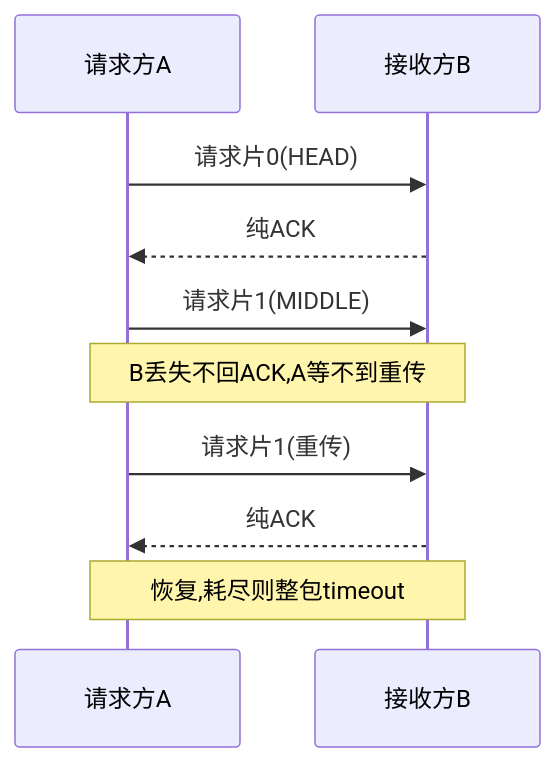
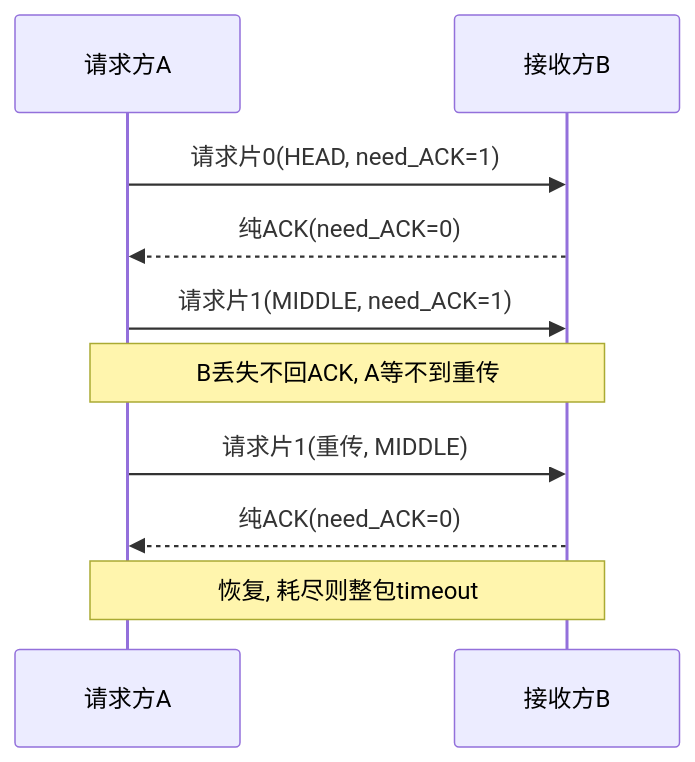
Before and after one commit to Siaiai/ObsidianNote: the seventh of 13 diagrams in 工作/项目/代码/260401S3分拣面板-SIA-R9000P.md, drawn with Mermaid. The commit also changed other lines of this file, not shown here.

````diff
--- a/工作/项目/代码/260401S3分拣面板-SIA-R9000P.md
+++ b/工作/项目/代码/260401S3分拣面板-SIA-R9000P.md
@@ -153,12 +195,12 @@
 ```mermaid
 sequenceDiagram
     participant A as 请求方A
     participant B as 接收方B
-    A->>B: 请求片0(HEAD)
-    B-->>A: 纯ACK
-    A->>B: 请求片1(MIDDLE)
-    Note over A,B: B丢失不回ACK,A等不到重传
-    A->>B: 请求片1(重传)
-    B-->>A: 纯ACK
-    Note over A,B: 恢复,耗尽则整包timeout
+    A->>B: 请求片0(HEAD, need_ACK=1)
+    B-->>A: 纯ACK(need_ACK=0)
+    A->>B: 请求片1(MIDDLE, need_ACK=1)
+    Note over A,B: B丢失不回ACK, A等不到重传
+    A->>B: 请求片1(重传, MIDDLE)
+    B-->>A: 纯ACK(need_ACK=0)
+    Note over A,B: 恢复, 耗尽则整包timeout
 ```
````
